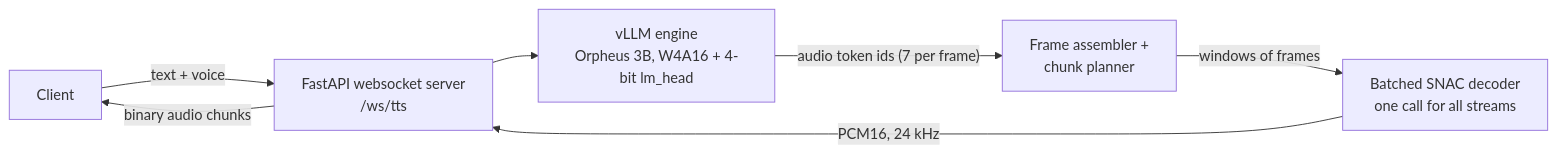
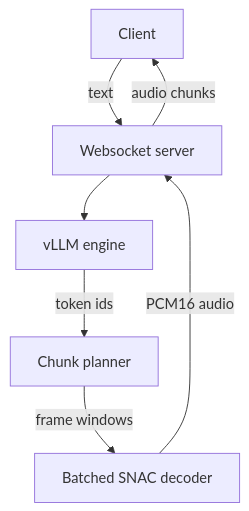
Before and after one commit to Keerthanareddy17/speech-serving: the first of 2 diagrams in README.md, drawn with Mermaid. The commit also changed other lines of this file and 2 other files, not shown here.

````diff
--- a/README.md
+++ b/README.md
@@ -38,9 +54,9 @@
 ```mermaid
-flowchart LR
-    C[Client] -- "text + voice" --> WS["FastAPI websocket server<br/>/ws/tts"]
-    WS --> V["vLLM engine<br/>Orpheus 3B, W4A16 + 4-bit lm_head"]
-    V -- "audio token ids (7 per frame)" --> FA["Frame assembler +<br/>chunk planner"]
-    FA -- "windows of frames" --> SN["Batched SNAC decoder<br/>one call for all streams"]
-    SN -- "PCM16, 24 kHz" --> WS
-    WS -- "binary audio chunks" --> C
+flowchart TB
+    C[Client] -->|text| WS[Websocket server]
+    WS --> V[vLLM engine]
+    V -->|token ids| FA[Chunk planner]
+    FA -->|frame windows| SN[Batched SNAC decoder]
+    SN -->|PCM16 audio| WS
+    WS -->|audio chunks| C
 ```
````
